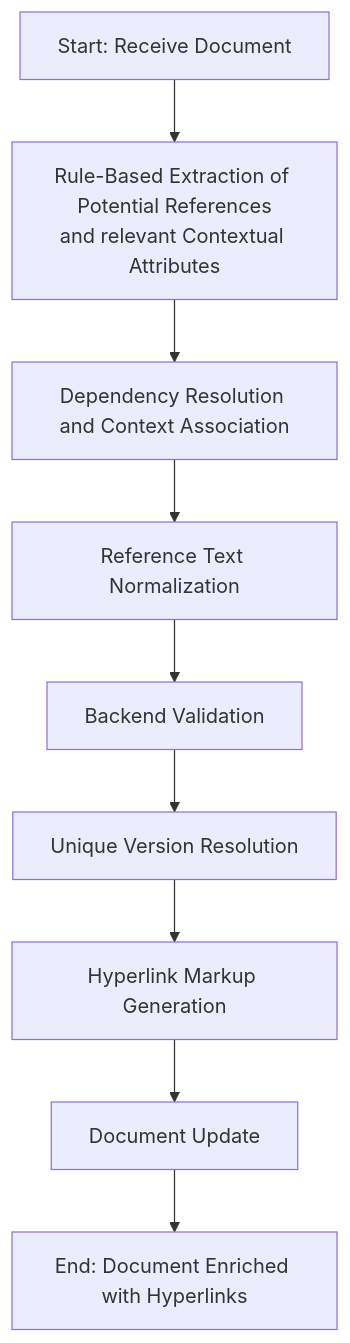
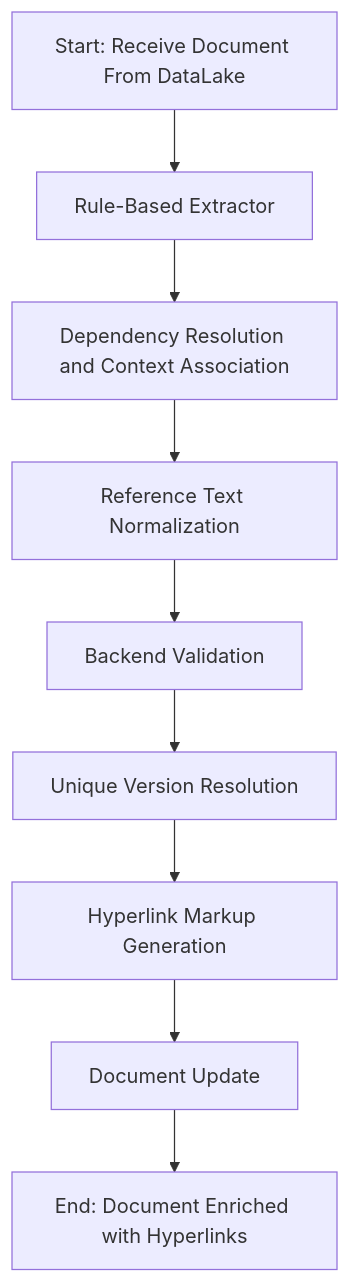
The first of 2 diagrams in hyperlink-recognition/python/docs/Hyperlink Recognition in Legal Documents.md (xbhel/momostack), drawn with Mermaid before and after one commit. The commit also changed other lines of this file and 1 other file, not shown here.

````diff
--- a/hyperlink-recognition/python/docs/Hyperlink Recognition in Legal Documents.md
+++ b/hyperlink-recognition/python/docs/Hyperlink Recognition in Legal Documents.md
@@ -59,11 +59,11 @@
 ```mermaid
 flowchart TD
-    A[Start: Receive Document] --> B[Rule-Based Extraction of Potential References<br>and relevant Contextual Attributes]
+    A[Start: Receive Document From DataLake] --> B[Rule-Based Extractor]
     B --> C[Dependency Resolution and Context Association]
     C --> D[Reference Text Normalization]
     D --> E[Backend Validation]
     E --> F[Unique Version Resolution]
     F --> G[Hyperlink Markup Generation]
     G --> H[Document Update]
     H --> I[End: Document Enriched with Hyperlinks]
 ```
````
